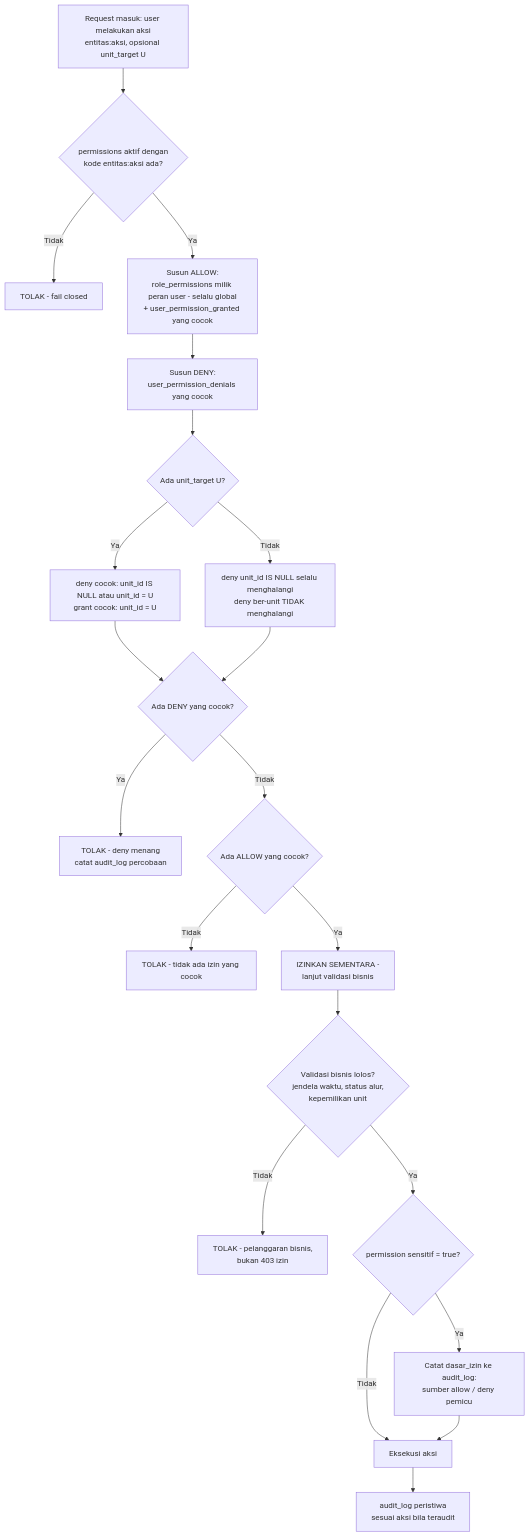
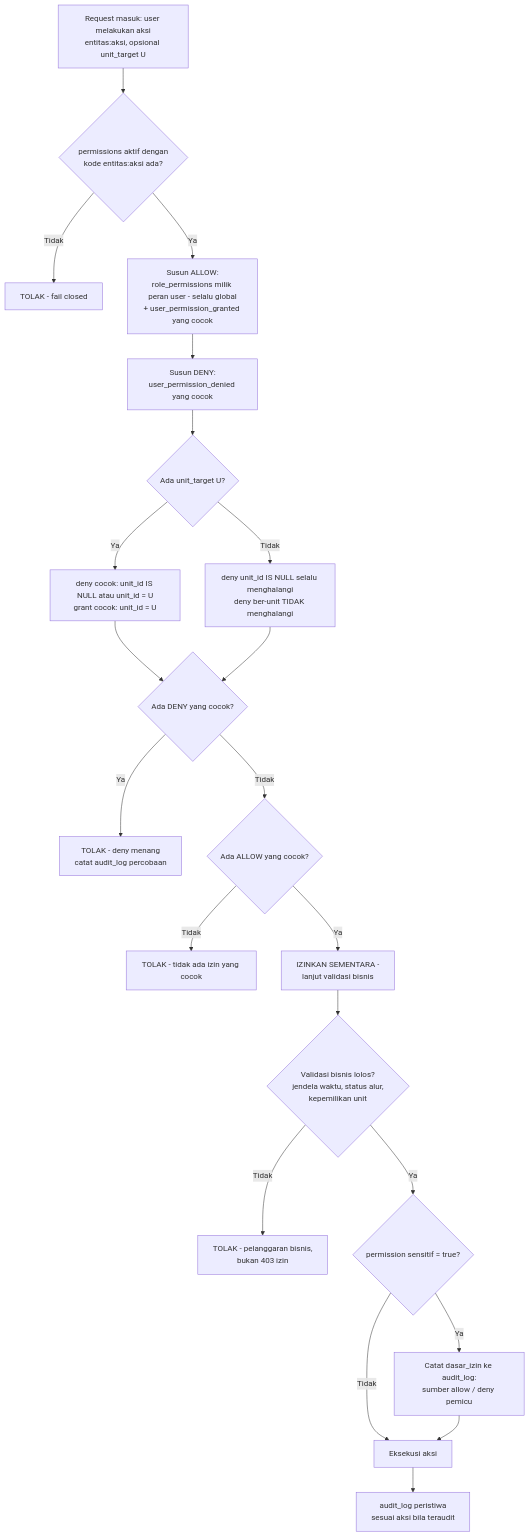
Before and after one commit to LLDIKTI-XVI-TEAM/SAKIP: diagram 20 of 22 in document/SAKIP - Workflow.md, drawn with Mermaid. The commit also changed other lines of this file and 3 other files, not shown here.

First line of the commit message:
docs: rename user_permission_denials to user_permission_denied

````diff
--- a/document/SAKIP - Workflow.md
+++ b/document/SAKIP - Workflow.md
@@ -1578,23 +1578,23 @@
 ```mermaid
 flowchart TD
     A[Request masuk: user melakukan aksi\nentitas:aksi, opsional unit_target U] --> B{permissions aktif dengan\nkode entitas:aksi ada?}
     B -- Tidak --> Z1[TOLAK - fail closed]
     B -- Ya --> C[Susun ALLOW:\nrole_permissions milik peran user - selalu global\n+ user_permission_granted yang cocok]
-    C --> D[Susun DENY:\nuser_permission_denials yang cocok]
+    C --> D[Susun DENY:\nuser_permission_denied yang cocok]
     D --> E{Ada unit_target U?}
     E -- Ya --> F[deny cocok: unit_id IS NULL atau unit_id = U\ngrant cocok: unit_id = U]
     E -- Tidak --> G[deny unit_id IS NULL selalu menghalangi\ndeny ber-unit TIDAK menghalangi]
     F --> H{Ada DENY yang cocok?}
     G --> H
     H -- Ya --> Z2[TOLAK - deny menang\ncatat audit_log percobaan]
     H -- Tidak --> I{Ada ALLOW yang cocok?}
     I -- Tidak --> Z3[TOLAK - tidak ada izin yang cocok]
     I -- Ya --> J[IZINKAN SEMENTARA -\nlanjut validasi bisnis]
     J --> K{Validasi bisnis lolos?\njendela waktu, status alur,\nkepemilikan unit}
     K -- Tidak --> Z4[TOLAK - pelanggaran bisnis,\nbukan 403 izin]
     K -- Ya --> L{permission sensitif = true?}
     L -- Ya --> M[Catat dasar_izin ke audit_log:\nsumber allow / deny pemicu]
     L -- Tidak --> N[Eksekusi aksi]
     M --> N
     N --> O[audit_log peristiwa\nsesuai aksi bila teraudit]
 ```
````
